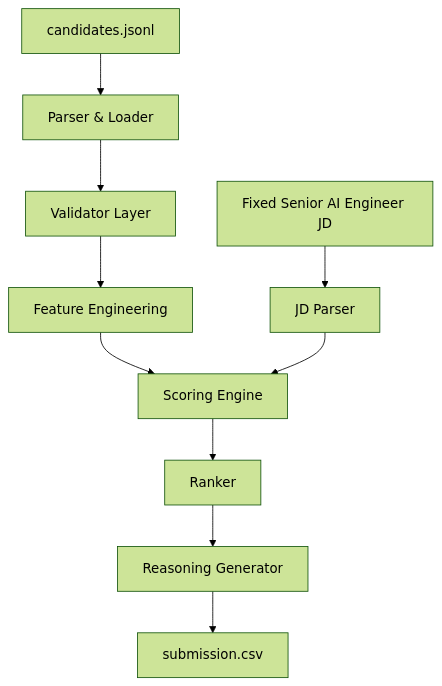
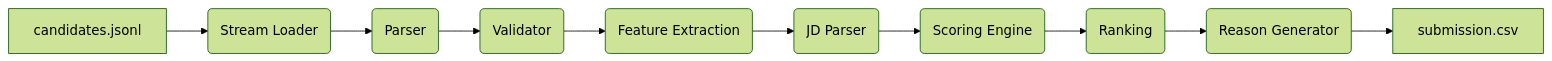
One commit to Nitish-0710/redrob-ctrl-jugaad changed the second of 6 diagrams in README.md. Above: the diagram before and after it, drawn with Mermaid (forest theme). The commit also changed other lines of this file, not shown here.

````diff
--- a/README.md
+++ b/README.md
@@ -36,14 +174,12 @@
 ```mermaid
-flowchart TD
-    A[candidates.jsonl] --> B[Parser & Loader]
-    B --> C[Validator Layer]
-    C --> D[Feature Engineering]
-    D --> E[Scoring Engine]
-    
-    F[Fixed Senior AI Engineer JD] --> G[JD Parser]
-    G --> E
-    
-    E --> H[Ranker]
-    H --> I[Reasoning Generator]
+flowchart LR
+    A[candidates.jsonl] --> B(Stream Loader)
+    B --> C(Parser)
+    C --> D(Validator)
+    D --> E(Feature Extraction)
+    E --> F(JD Parser)
+    F --> G(Scoring Engine)
+    G --> H(Ranking)
+    H --> I(Reason Generator)
     I --> J[submission.csv]
 ```
````
